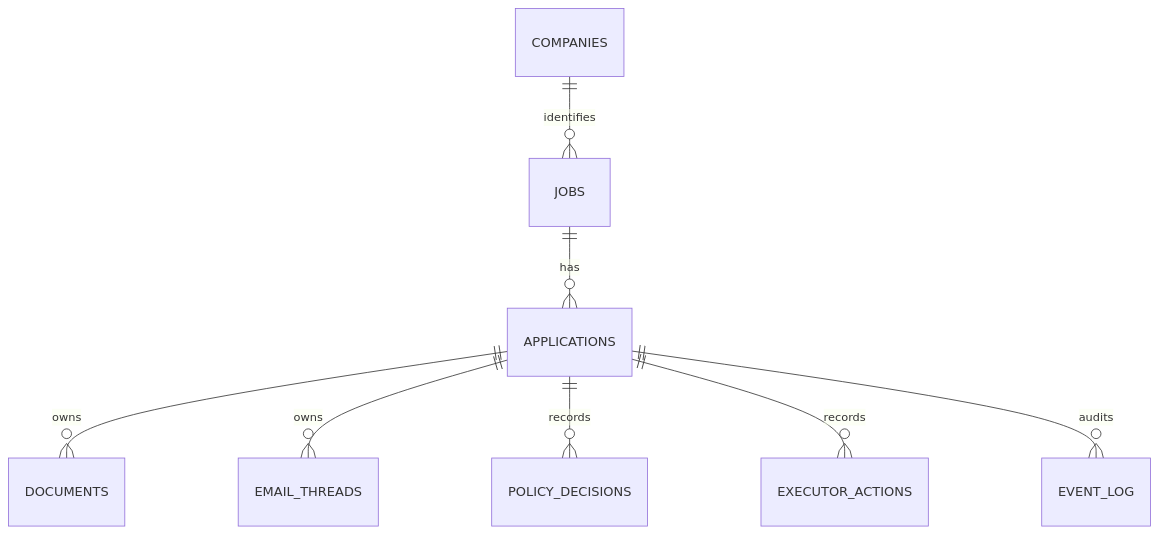
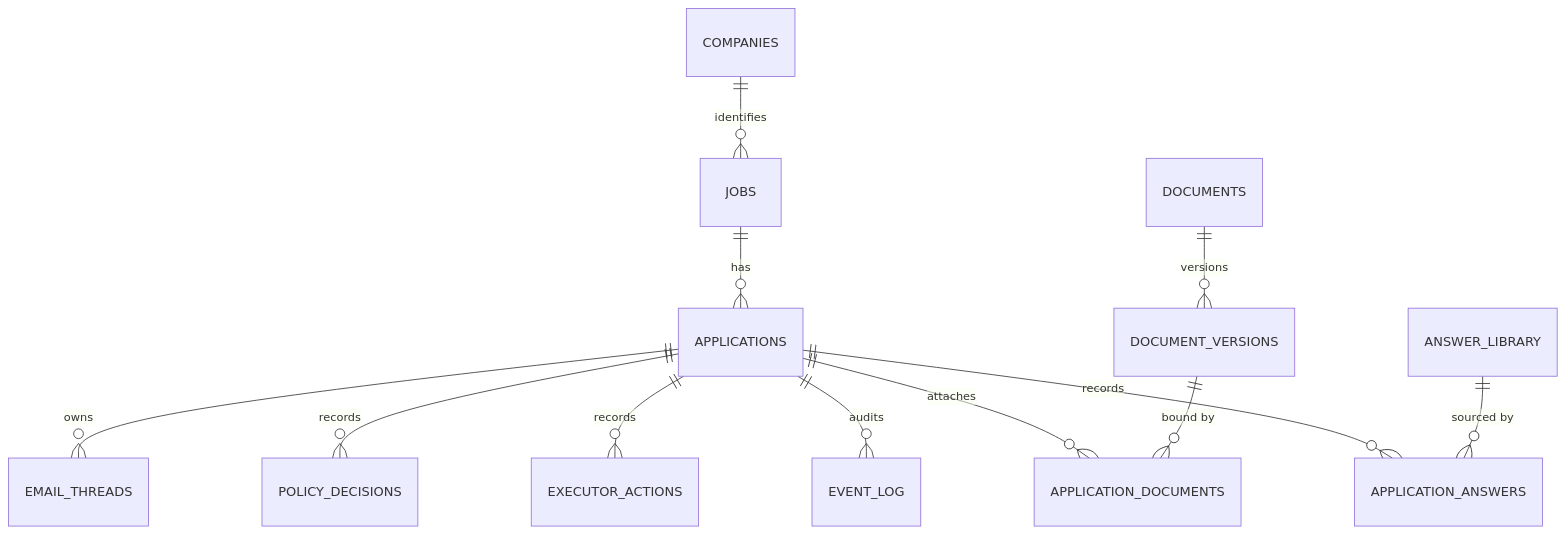
One commit to NicolayBang/ApplyGo changed the diagram in docs/architecture/current-data-model.md. Above: the diagram before and after it, drawn with Mermaid. The commit also changed other lines of this file and 8 other files, not shown here.

First line of the commit message:
docs: reconcile M5 document/answer model as implemented (0012-0014)

````diff
--- a/docs/architecture/current-data-model.md
+++ b/docs/architecture/current-data-model.md
@@ -47,10 +57,14 @@
 ```mermaid
 erDiagram
     COMPANIES ||--o{ JOBS : identifies
     JOBS ||--o{ APPLICATIONS : has
-    APPLICATIONS ||--o{ DOCUMENTS : owns
     APPLICATIONS ||--o{ EMAIL_THREADS : owns
     APPLICATIONS ||--o{ POLICY_DECISIONS : records
     APPLICATIONS ||--o{ EXECUTOR_ACTIONS : records
     APPLICATIONS ||--o{ EVENT_LOG : audits
+    APPLICATIONS ||--o{ APPLICATION_DOCUMENTS : attaches
+    APPLICATIONS ||--o{ APPLICATION_ANSWERS : records
+    DOCUMENTS ||--o{ DOCUMENT_VERSIONS : versions
+    DOCUMENT_VERSIONS ||--o{ APPLICATION_DOCUMENTS : "bound by"
+    ANSWER_LIBRARY ||--o{ APPLICATION_ANSWERS : "sourced by"
 ```
````
